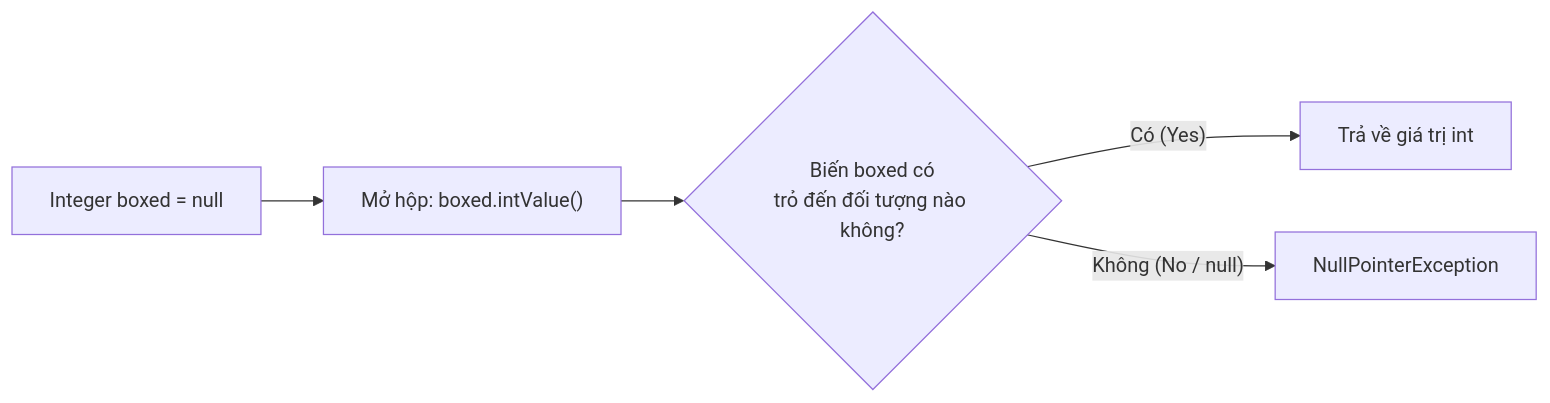
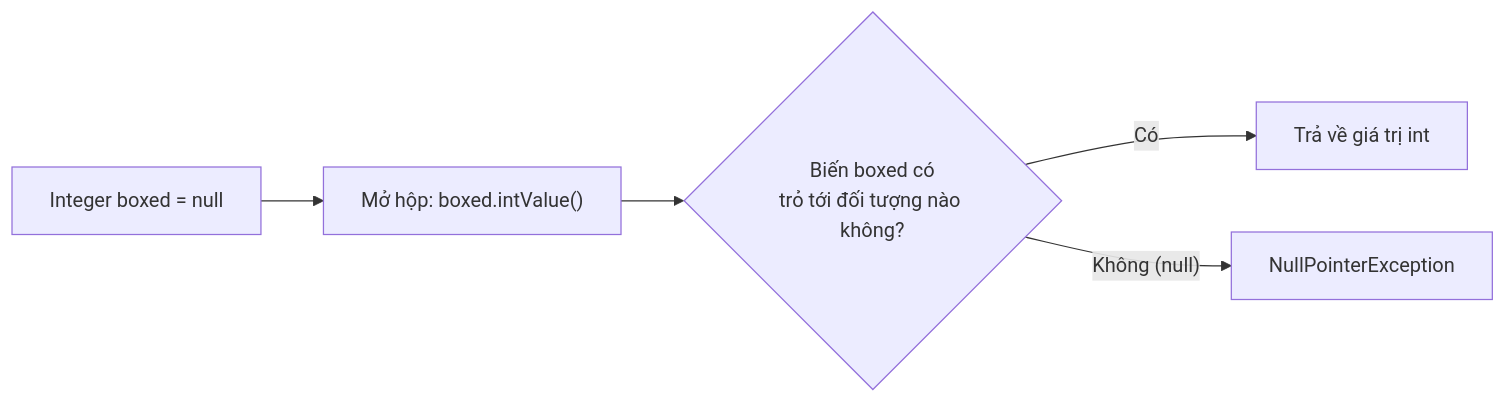
One commit to PhuThien2005/theoretical-of-java-core changed the first of 3 diagrams in vi/03-data-types/theory/04-wrappers-null-equality.md. Above: the diagram before and after it, drawn with Mermaid. The commit also changed other lines of this file and 229 other files, not shown here.

````diff
--- a/vi/03-data-types/theory/04-wrappers-null-equality.md
+++ b/vi/03-data-types/theory/04-wrappers-null-equality.md
@@ -123,7 +123,7 @@
 ```mermaid
 flowchart LR
     A["Integer boxed = null"] --> B["Mở hộp: boxed.intValue()"]
-    B --> C{"Biến boxed có\ntrỏ đến đối tượng nào không?"}
-    C -- "Có (Yes)" --> D["Trả về giá trị int"]
-    C -- "Không (No / null)" --> E["NullPointerException"]
+    B --> C{"Biến boxed có\ntrỏ tới đối tượng nào không?"}
+    C -- "Có" --> D["Trả về giá trị int"]
+    C -- "Không (null)" --> E["NullPointerException"]
 ```
````
